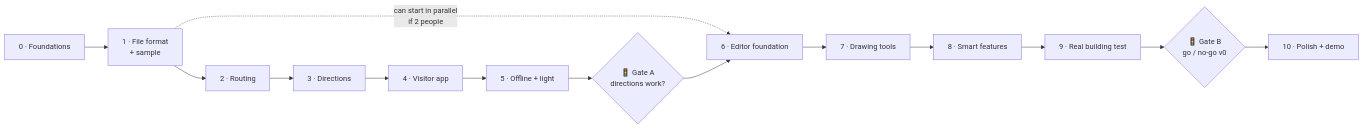
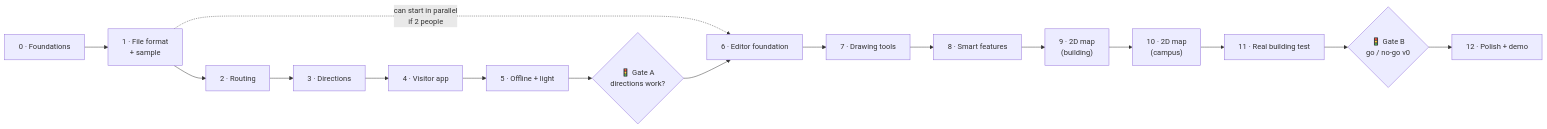
One commit to deepak71kr/indoor-maps changed the diagram in docs/PHASES.md. Above: the diagram before and after it, drawn with Mermaid. The commit also changed other lines of this file and 29 other files, not shown here.

````diff
--- a/docs/PHASES.md
+++ b/docs/PHASES.md
@@ -31,16 +33,18 @@
 ```mermaid
 flowchart LR
     P0["0 · Foundations"] --> P1["1 · File format<br/>+ sample"]
     P1 --> P2["2 · Routing"]
     P2 --> P3["3 · Directions"]
     P3 --> P4["4 · Visitor app"]
     P4 --> P5["5 · Offline + light"]
     P5 --> GA{"🚦 Gate A<br/>directions work?"}
     P1 -.->|"can start in parallel<br/>if 2 people"| P6["6 · Editor foundation"]
     GA --> P6
     P6 --> P7["7 · Drawing tools"]
     P7 --> P8["8 · Smart features"]
-    P8 --> P9["9 · Real building test"]
-    P9 --> GB{"🚦 Gate B<br/>go / no-go v0"}
-    GB --> P10["10 · Polish + demo"]
+    P8 --> P9["9 · 2D map<br/>(building)"]
+    P9 --> P10["10 · 2D map<br/>(campus)"]
+    P10 --> P11["11 · Real building test"]
+    P11 --> GB{"🚦 Gate B<br/>go / no-go v0"}
+    GB --> P12["12 · Polish + demo"]
 ```
````
